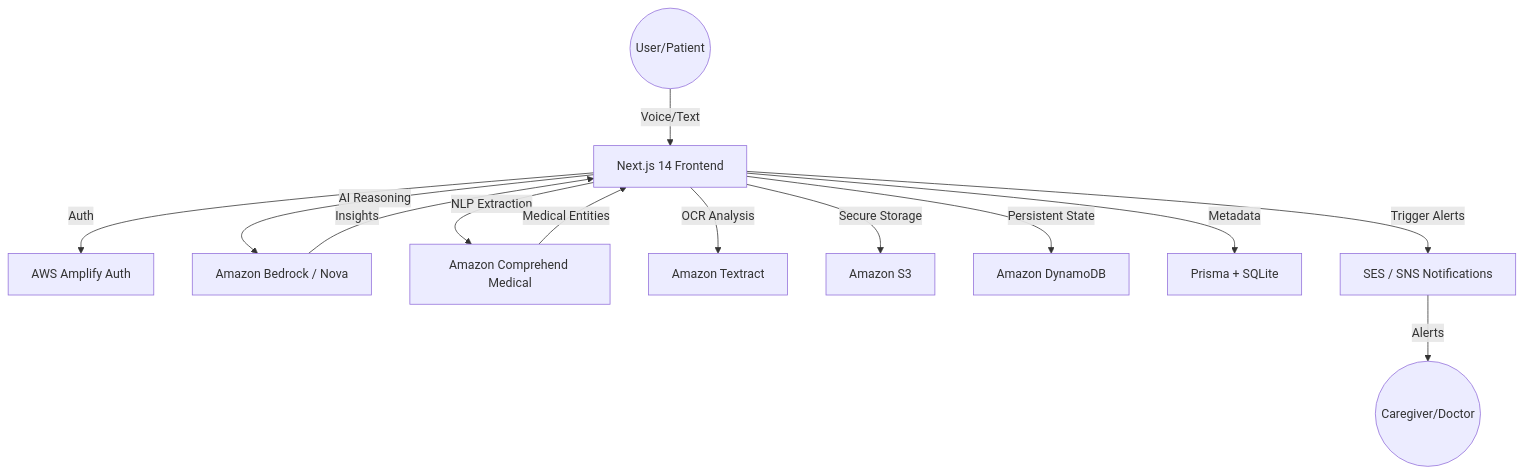
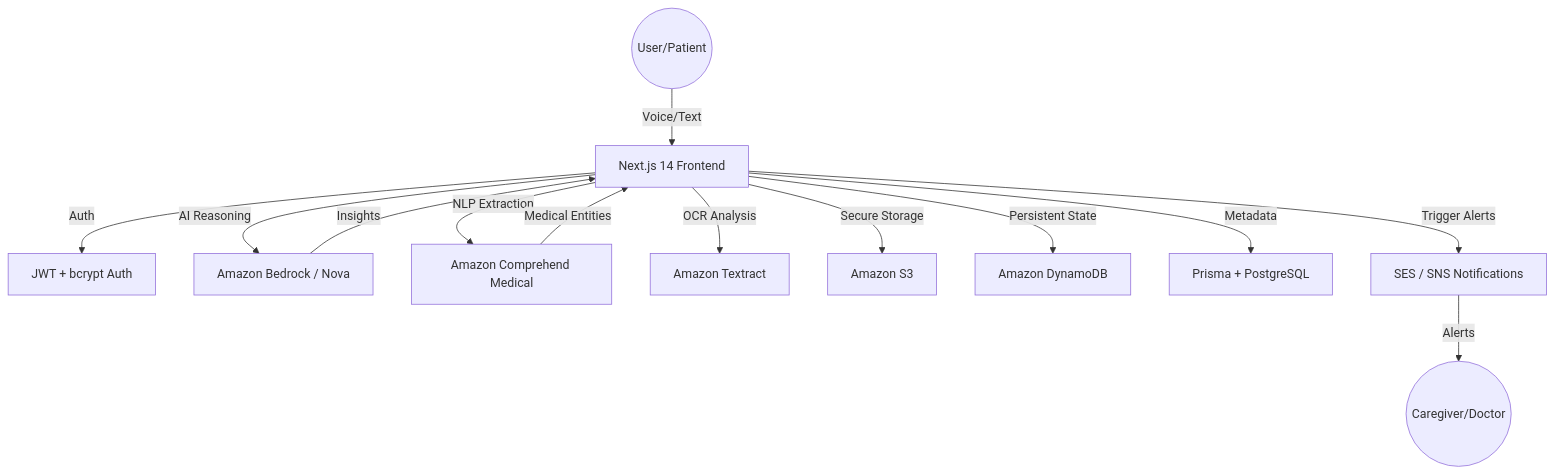
The diagram in README.md (shafayatsaad/mimamori), drawn with Mermaid before and after one commit. The commit also changed other lines of this file, not shown here.

````diff
--- a/README.md
+++ b/README.md
@@ -126,15 +127,15 @@
 ```mermaid
 graph TD
     User((User/Patient)) -->|Voice/Text| NextJS[Next.js 14 Frontend]
-    NextJS -->|Auth| Amplify[AWS Amplify Auth]
+    NextJS -->|Auth| JWT[JWT + bcrypt Auth]
     NextJS -->|AI Reasoning| Bedrock[Amazon Bedrock / Nova]
     NextJS -->|NLP Extraction| CompMed[Amazon Comprehend Medical]
     NextJS -->|OCR Analysis| Textract[Amazon Textract]
     NextJS -->|Secure Storage| S3[Amazon S3]
     NextJS -->|Persistent State| Dynamo[Amazon DynamoDB]
-    NextJS -->|Metadata| SQLite[Prisma + SQLite]
+    NextJS -->|Metadata| Postgres[Prisma + PostgreSQL]
     Bedrock -->|Insights| NextJS
     CompMed -->|Medical Entities| NextJS
     NextJS -->|Trigger Alerts| SNS[SES / SNS Notifications]
     SNS -->|Alerts| Caregiver((Caregiver/Doctor))
 ```
````
